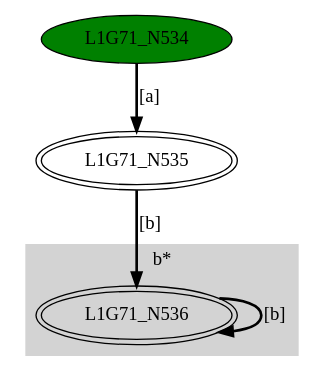
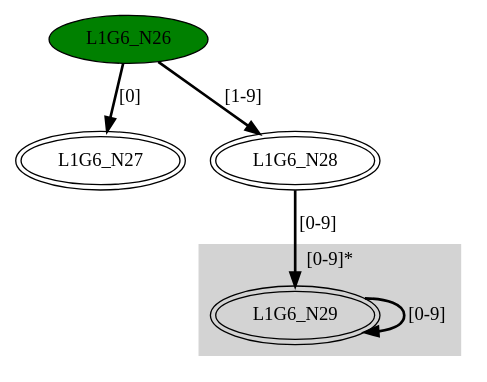
One commit to GDimitroulakos/EDUFLEX changed the diagram in DFASimulator/Testbench/mergeDFA1.dot. Above: the diagram before and after it, drawn with Graphviz. The commit also changed 72 other files, not shown here.

```diff
--- a/DFASimulator/Testbench/mergeDFA1.dot
+++ b/DFASimulator/Testbench/mergeDFA1.dot
@@ -1,14 +1,16 @@
-digraph G71{
+digraph G6{
 	subgraph cluster0 {
 		node [style=filled];
 		style=filled;
 		color=lightgrey;
-		label ="b*";
-		L1G71_N536;
-	}"L1G71_N534" [style=filled,fillcolor=green];
-"L1G71_N535" [peripheries=2];
-"L1G71_N536" [peripheries=2];
-"L1G71_N534"->"L1G71_N535" [style = bold, label = "[a]"];
-"L1G71_N535"->"L1G71_N536" [style = bold, label = "[b]"];
-"L1G71_N536"->"L1G71_N536" [style = bold, label = "[b]"];
+		label ="[0-9]*";
+		L1G6_N29;
+	}"L1G6_N26" [style=filled,fillcolor=green];
+"L1G6_N27" [peripheries=2];
+"L1G6_N28" [peripheries=2];
+"L1G6_N29" [peripheries=2];
+"L1G6_N26"->"L1G6_N27" [style = bold, label = "[0]"];
+"L1G6_N26"->"L1G6_N28" [style = bold, label = "[1-9]"];
+"L1G6_N28"->"L1G6_N29" [style = bold, label = "[0-9]"];
+"L1G6_N29"->"L1G6_N29" [style = bold, label = "[0-9]"];
 }
```
